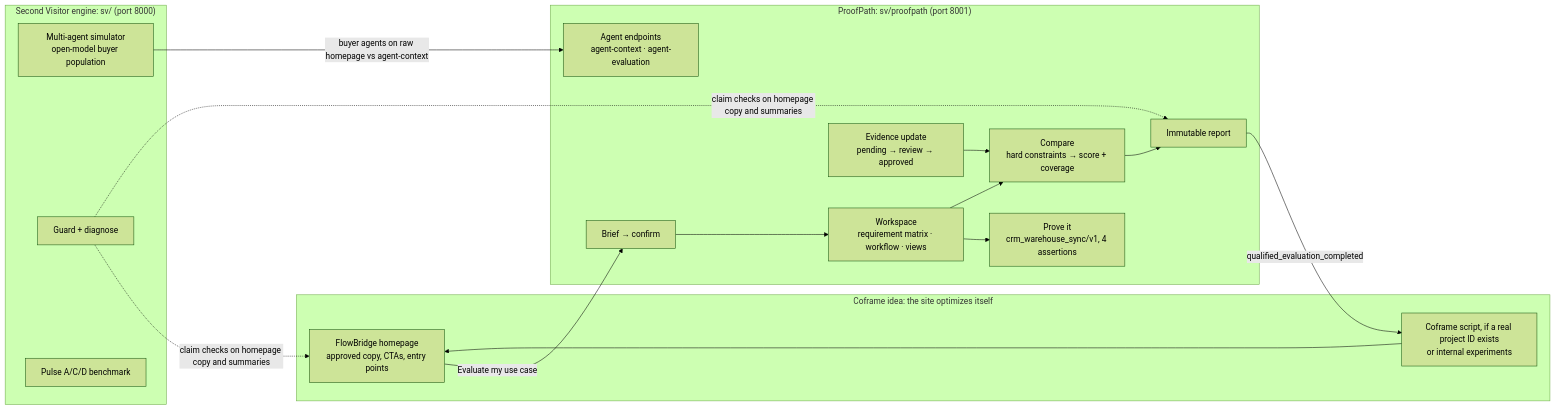
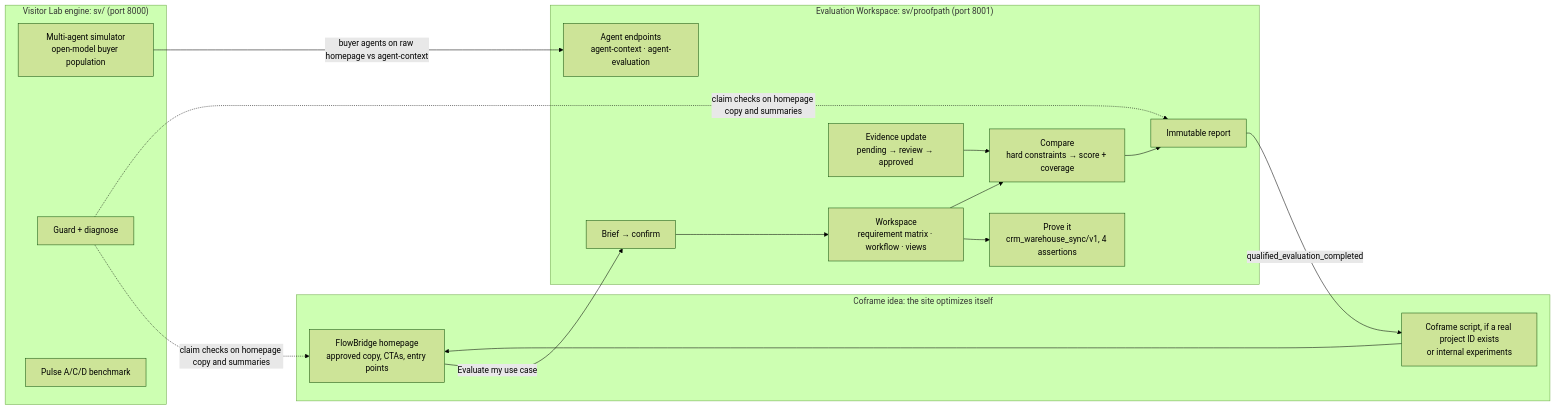
One commit to abhijitbetigeri/DecisionLayer changed the diagram in PLAN.md. Above: the diagram before and after it, drawn with Mermaid (forest theme). The commit also changed other lines of this file and 8 other files, not shown here.

First line of the commit message:
Consistent naming: Decision Layer, Visitor Lab, Evaluation Workspace

````diff
--- a/PLAN.md
+++ b/PLAN.md
@@ -32,25 +32,25 @@
 ```mermaid
 flowchart LR
   subgraph COF["Coframe idea: the site optimizes itself"]
     HP[FlowBridge homepage<br/>approved copy, CTAs, entry points]
     CF[Coframe script, if a real project ID exists<br/>or internal experiments]
   end
-  subgraph PP["ProofPath: sv/proofpath (port 8001)"]
+  subgraph PP["Evaluation Workspace: sv/proofpath (port 8001)"]
     BR[Brief → confirm] --> WS[Workspace<br/>requirement matrix · workflow · views]
     WS --> POC[Prove it<br/>crm_warehouse_sync/v1, 4 assertions]
     WS --> CMP[Compare<br/>hard constraints → score + coverage]
     UPD[Evidence update<br/>pending → review → approved] --> CMP
     CMP --> RPT[Immutable report]
     AG[Agent endpoints<br/>agent-context · agent-evaluation]
   end
-  subgraph SV["Second Visitor engine: sv/ (port 8000)"]
+  subgraph SV["Visitor Lab engine: sv/ (port 8000)"]
     SIM[Multi-agent simulator<br/>open-model buyer population]
     G[Guard + diagnose]
     PUL[Pulse A/C/D benchmark]
   end
   HP -->|"Evaluate my use case"| BR
   SIM -->|buyer agents on raw homepage vs agent-context| AG
   G -.claim checks on homepage copy and summaries.-> HP & RPT
   RPT -->|qualified_evaluation_completed| CF
   CF --> HP
 ```
````
